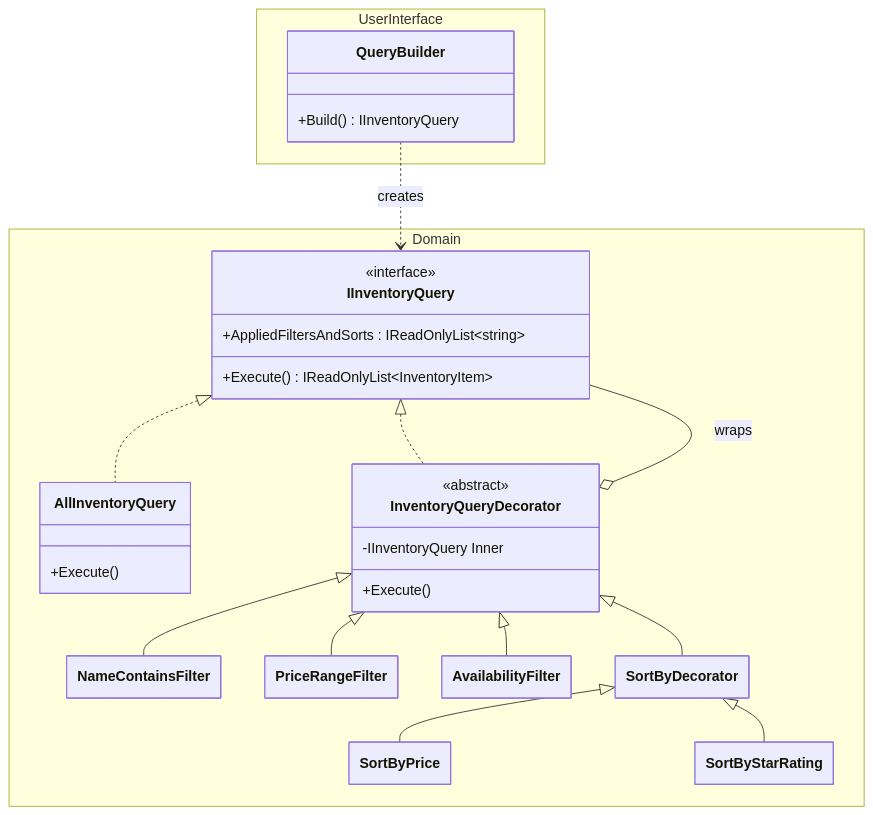
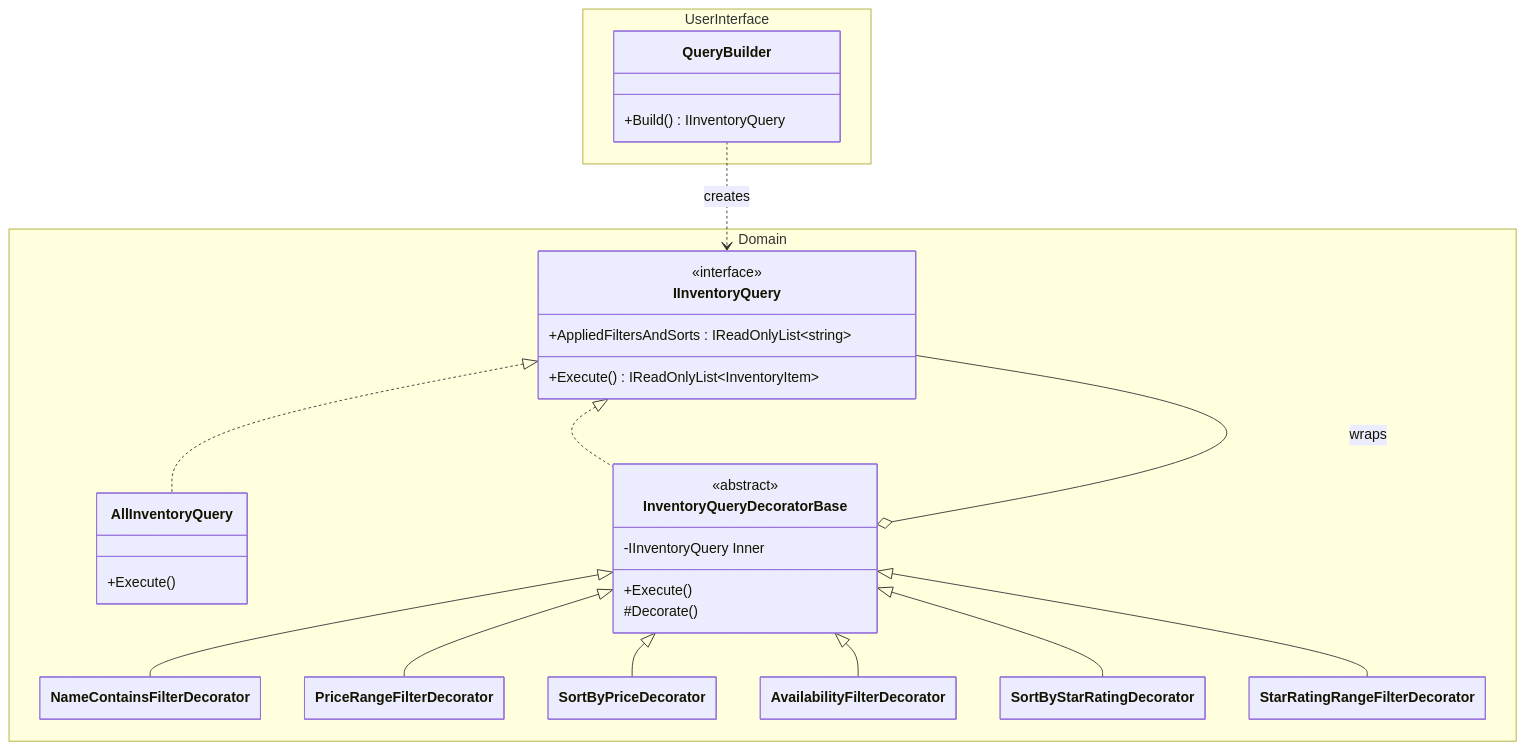
The second of 3 diagrams in assignments/assignment-2-solution/src-csharp/README.md (jeff-adkisson/swe-4743-spring-2026-oo-design), drawn with Mermaid before and after one commit. The commit also changed other lines of this file and 14 other files, not shown here.

````diff
--- a/assignments/assignment-2-solution/src-csharp/README.md
+++ b/assignments/assignment-2-solution/src-csharp/README.md
@@ -195,48 +185,49 @@
 ```mermaid
 ---
 config:
   class:
     hideEmptyMembersBox: true
 ---
 classDiagram
     direction TB
     namespace UserInterface {
         class QueryBuilder {
             +Build() IInventoryQuery
         }
     }
 
     namespace Domain {
         class IInventoryQuery {
             <<interface>>
             +AppliedFiltersAndSorts : IReadOnlyList~string~
             +Execute() IReadOnlyList~InventoryItem~
         }
         class AllInventoryQuery {
             +Execute()
         }
-        class InventoryQueryDecorator {
+        class InventoryQueryDecoratorBase {
             <<abstract>>
             -IInventoryQuery Inner
             +Execute()
+            #Decorate()
         }
-        class NameContainsFilter { }
-        class PriceRangeFilter { }
-        class SortByPrice { }
-        class AvailabilityFilter { }
-        class SortByDecorator { }
-        class SortByStarRating { }
+        class NameContainsFilterDecorator { }
+        class PriceRangeFilterDecorator { }
+        class SortByPriceDecorator { }
+        class AvailabilityFilterDecorator { }
+        class SortByStarRatingDecorator { }
+        class StarRatingRangeFilterDecorator { }
     }
 
     QueryBuilder ..> IInventoryQuery : creates
     IInventoryQuery <|.. AllInventoryQuery
-    IInventoryQuery <|.. InventoryQueryDecorator
-    InventoryQueryDecorator o-- IInventoryQuery : wraps
+    IInventoryQuery <|.. InventoryQueryDecoratorBase
+    InventoryQueryDecoratorBase o-- IInventoryQuery : wraps
     
-    InventoryQueryDecorator <|-- NameContainsFilter
-    InventoryQueryDecorator <|-- PriceRangeFilter
-    InventoryQueryDecorator <|-- AvailabilityFilter
-    InventoryQueryDecorator <|-- SortByDecorator
-    SortByDecorator <|-- SortByPrice
-    SortByDecorator <|-- SortByStarRating
+    InventoryQueryDecoratorBase <|-- NameContainsFilterDecorator
+    InventoryQueryDecoratorBase <|-- PriceRangeFilterDecorator
+    InventoryQueryDecoratorBase <|-- AvailabilityFilterDecorator
+    InventoryQueryDecoratorBase <|-- SortByPriceDecorator
+    InventoryQueryDecoratorBase <|-- SortByStarRatingDecorator
+    InventoryQueryDecoratorBase <|-- StarRatingRangeFilterDecorator
 ```
````
